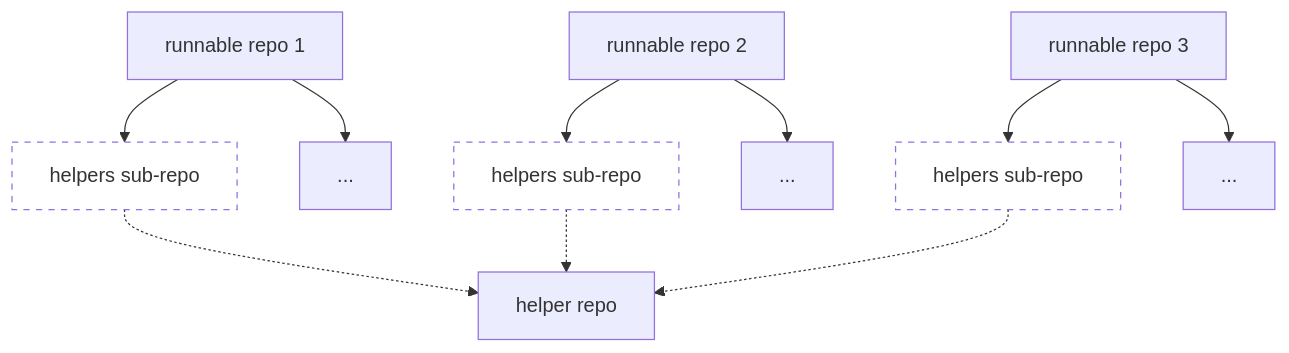
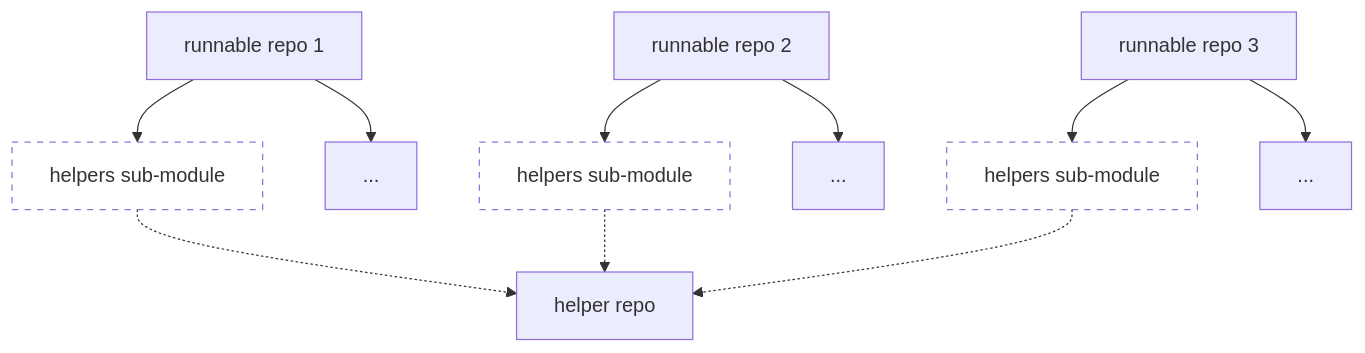
The first of 7 diagrams in docs/work_tools/dev_system/all.runnable_repo.reference.md (causify-ai/helpers), drawn with Mermaid before and after one commit. The commit also changed other lines of this file and 2 other files, not shown here.

````diff
--- a/docs/work_tools/dev_system/all.runnable_repo.reference.md
+++ b/docs/work_tools/dev_system/all.runnable_repo.reference.md
@@ -102,24 +118,24 @@
   ```mermaid
   graph TD
     runnable_repo[runnable repo 1]
     runnable_repo_2[runnable repo 2]
     runnable_repo_3[runnable repo 3]
 
-    runnable_repo --> helpers_sub_repo_1[helpers sub-repo]
+    runnable_repo --> helpers_sub_repo_1[helpers sub-module]
     runnable_repo --> others[...]
 
-    runnable_repo_2 --> helpers_sub_repo_2[helpers sub-repo]
+    runnable_repo_2 --> helpers_sub_repo_2[helpers sub-module]
     runnable_repo_2 --> others_2[...]
 
-    runnable_repo_3 --> helpers_sub_repo_3[helpers sub-repo]
+    runnable_repo_3 --> helpers_sub_repo_3[helpers sub-module]
     runnable_repo_3 --> others_3[...]
 
     helper_repo[helper repo]
     helpers_sub_repo_1 -.-> helper_repo
     helpers_sub_repo_2 -.-> helper_repo
     helpers_sub_repo_3 -.-> helper_repo
 
     style helpers_sub_repo_1 fill:transparent, stroke-dasharray: 5 5
     style helpers_sub_repo_2 fill:transparent, stroke-dasharray: 5 5
     style helpers_sub_repo_3 fill:transparent, stroke-dasharray: 5 5
   ```
````
